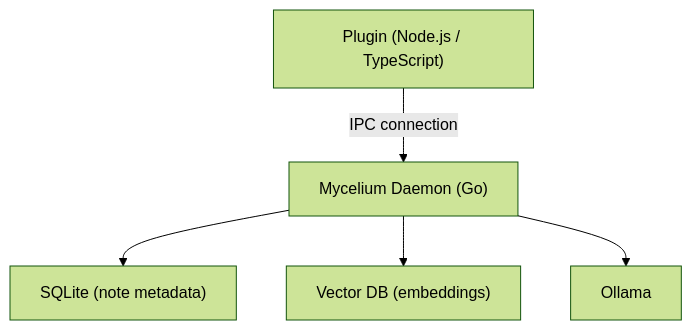
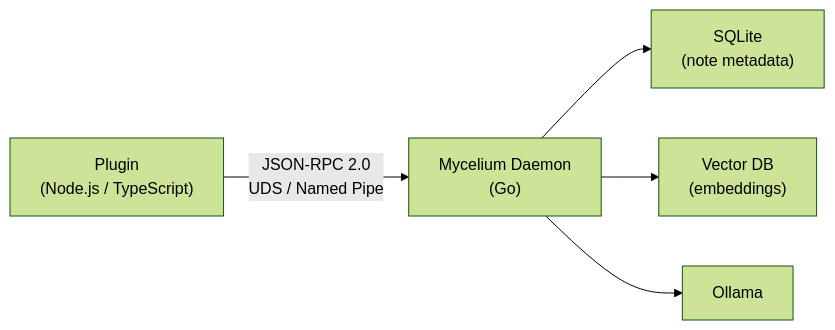
One commit to GyeongHoKim/mycelium changed the third of 5 diagrams in README.md. Above: the diagram before and after it, drawn with Mermaid (forest theme). The commit also changed other lines of this file, not shown here.

````diff
--- a/README.md
+++ b/README.md
@@ -176,13 +233,13 @@
 ```mermaid
-flowchart TB
-  Plugin["Plugin (Node.js / TypeScript)"]
-  Daemon["Mycelium Daemon (Go)"]
-  SQLite["SQLite (note metadata)"]
-  VectorDB["Vector DB (embeddings)"]
+flowchart LR
+  Plugin["Plugin\n(Node.js / TypeScript)"]
+  Daemon["Mycelium Daemon\n(Go)"]
+  SQLite["SQLite\n(note metadata)"]
+  VectorDB["Vector DB\n(embeddings)"]
   Ollama["Ollama"]
 
-  Plugin -->|"IPC connection"| Daemon
+  Plugin -->|"JSON-RPC 2.0\nUDS / Named Pipe"| Daemon
   Daemon --> SQLite
   Daemon --> VectorDB
   Daemon --> Ollama
 ```
````
